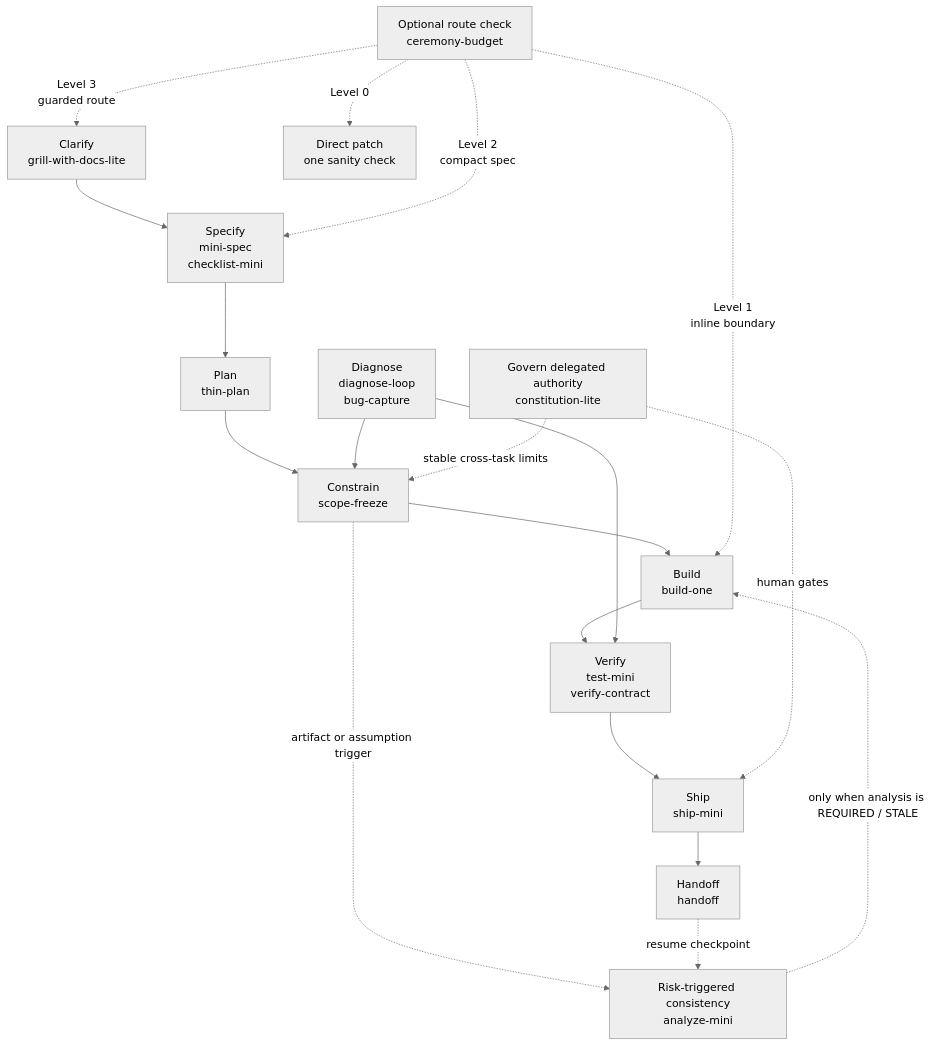
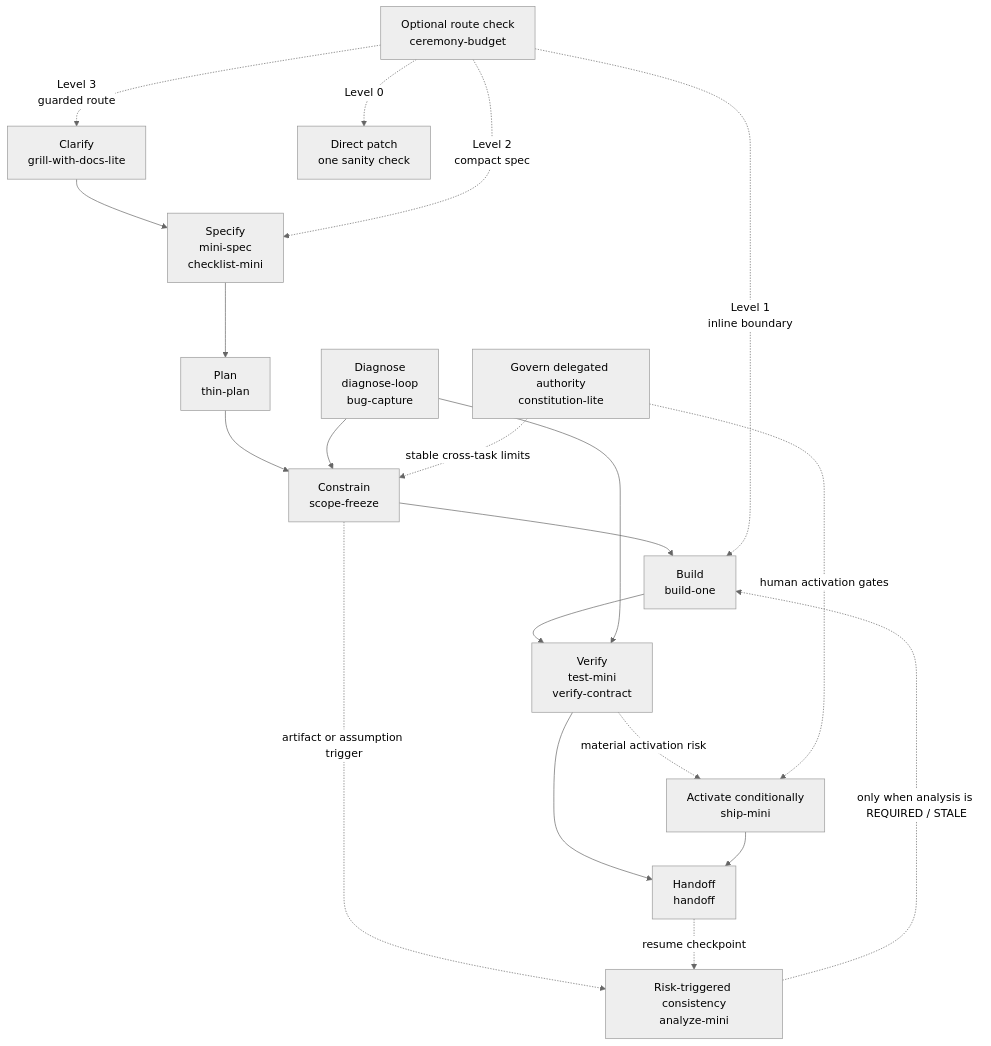
Before and after one commit to tmusser/ai-engineering-skills: the first of 2 diagrams in docs/skill-map.md, drawn with Mermaid (neutral theme). The commit also changed other lines of this file and 5 other files, not shown here.

First line of the commit message:
feat: narrow ship-mini to activation risk (#20)

````diff
--- a/docs/skill-map.md
+++ b/docs/skill-map.md
@@ -7,21 +7,22 @@
 ```mermaid
 flowchart TD
   A["Clarify<br/>grill-with-docs-lite"] --> B["Specify<br/>mini-spec<br/>checklist-mini"]
   B --> C["Plan<br/>thin-plan"]
   C --> D["Constrain<br/>scope-freeze"]
   D --> E["Build<br/>build-one"]
   E --> F["Verify<br/>test-mini<br/>verify-contract"]
-  F --> G["Ship<br/>ship-mini"]
-  G --> H["Handoff<br/>handoff"]
+  F --> H["Handoff<br/>handoff"]
+  F -. "material activation risk" .-> G["Activate conditionally<br/>ship-mini"]
+  G --> H
   I["Diagnose<br/>diagnose-loop<br/>bug-capture"] --> D
   I --> F
   J["Optional route check<br/>ceremony-budget"] -. "Level 0" .-> P["Direct patch<br/>one sanity check"]
   J -. "Level 1<br/>inline boundary" .-> E
   J -. "Level 2<br/>compact spec" .-> B
   J -. "Level 3<br/>guarded route" .-> A
   K["Govern delegated authority<br/>constitution-lite"] -. "stable cross-task limits" .-> D
-  K -. "human gates" .-> G
+  K -. "human activation gates" .-> G
   L["Risk-triggered consistency<br/>analyze-mini"] -. "only when analysis is REQUIRED / STALE" .-> E
   D -. "artifact or assumption trigger" .-> L
   H -. "resume checkpoint" .-> L
 ```
````
